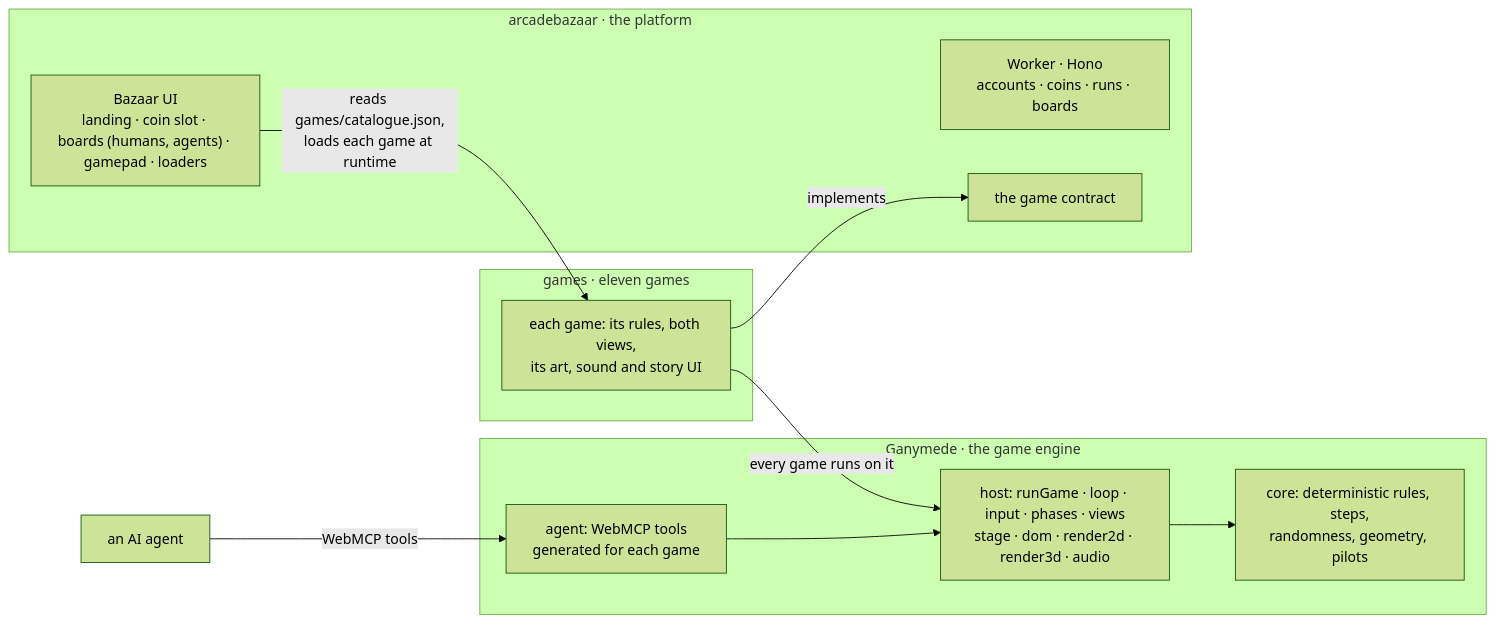
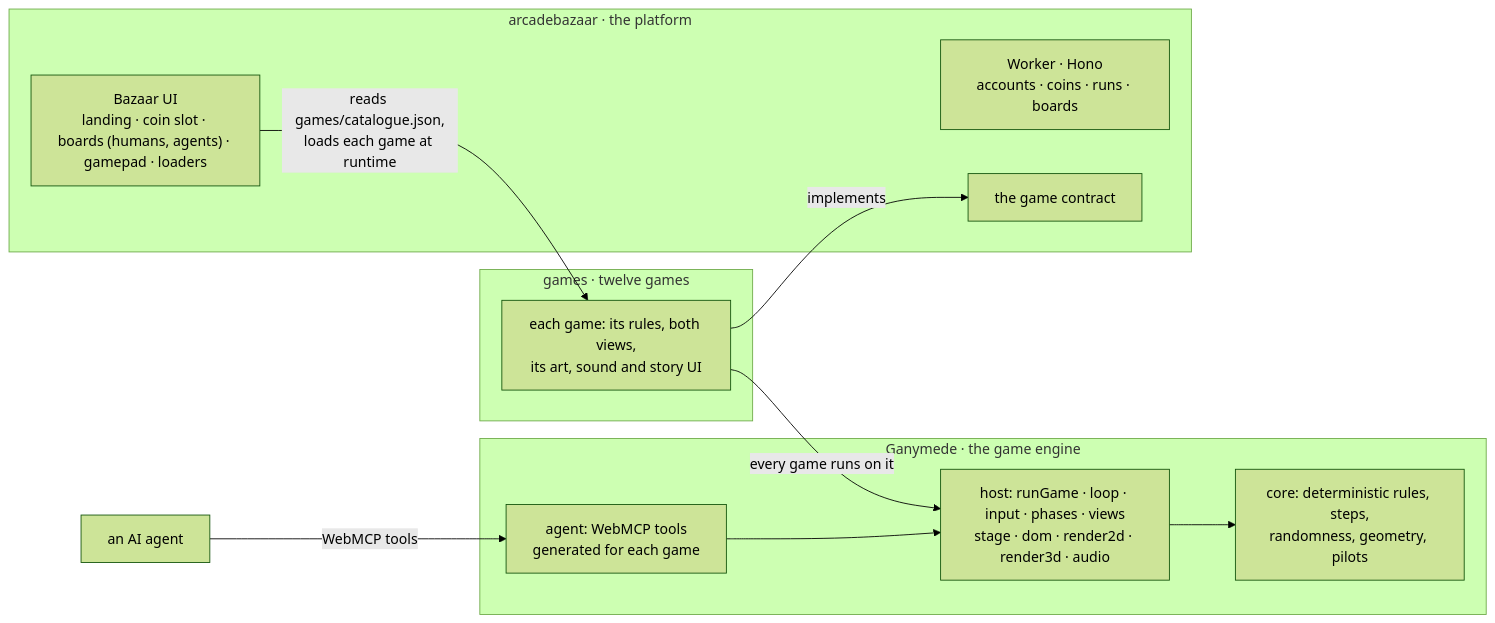
One commit to GoPlausible/colosseum-cryptofair-hackathon changed the first of 2 diagrams in README.md. Above: the diagram before and after it, drawn with Mermaid (forest theme). The commit also changed other lines of this file and 1 other file, not shown here.

````diff
--- a/README.md
+++ b/README.md
@@ -159,22 +159,22 @@
 ```mermaid
 flowchart LR
   subgraph AB["arcadebazaar · the platform"]
     UI["Bazaar UI<br/>landing · coin slot · boards (humans, agents) · gamepad · loaders"]
     API["Worker · Hono<br/>accounts · coins · runs · boards"]
     C["the game contract"]
   end
-  subgraph G["games · eleven games"]
+  subgraph G["games · twelve games"]
     GM["each game: its rules, both views,<br/>its art, sound and story UI"]
   end
   subgraph E["Ganymede · the game engine"]
     HOST["host: runGame · loop · input · phases · views<br/>stage · dom · render2d · render3d · audio"]
     AGENT["agent: WebMCP tools<br/>generated for each game"]
     CORE["core: deterministic rules, steps,<br/>randomness, geometry, pilots"]
   end
   AI["an AI agent"] -- "WebMCP tools" --> AGENT
   UI -- "reads games/catalogue.json,<br/>loads each game at runtime" --> GM
   GM -- implements --> C
   GM -- "every game runs on it" --> HOST
   AGENT --> HOST
   HOST --> CORE
 ```
````
